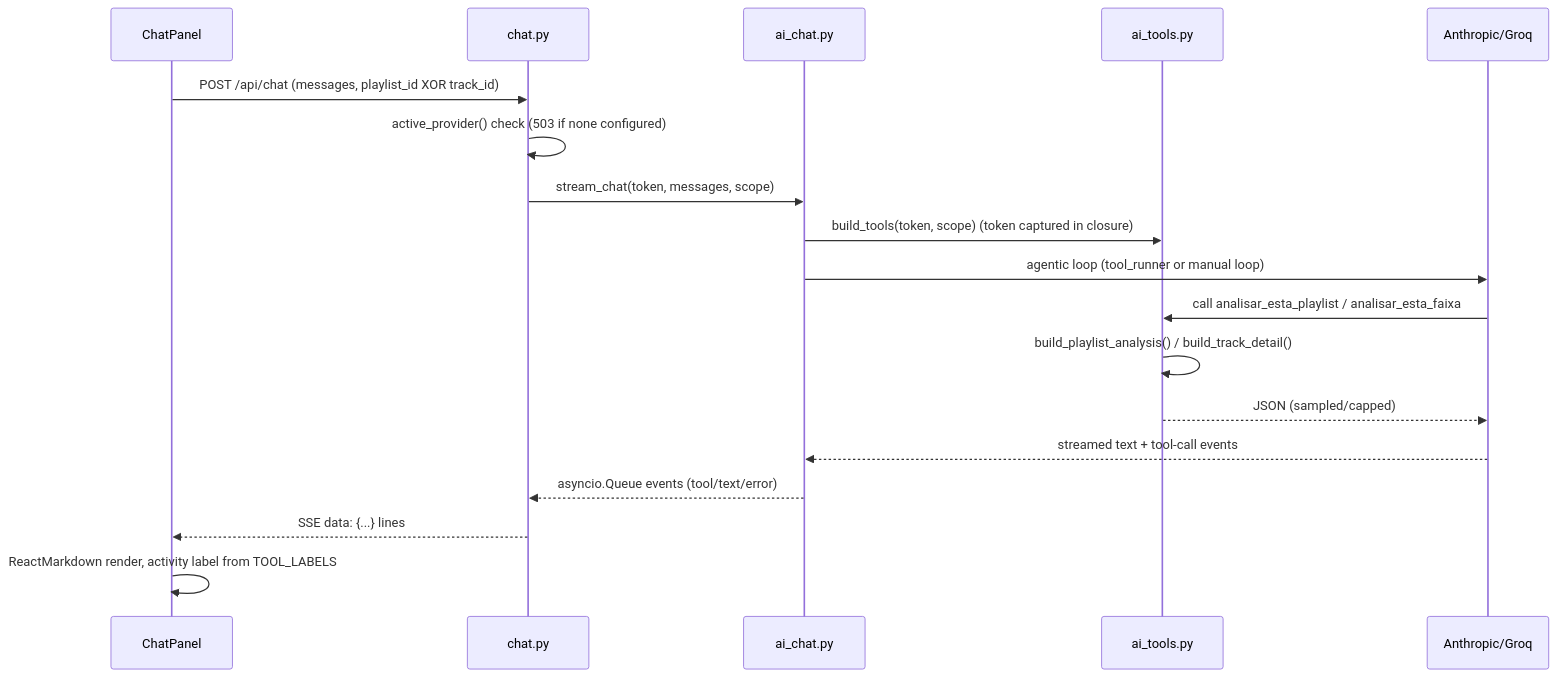
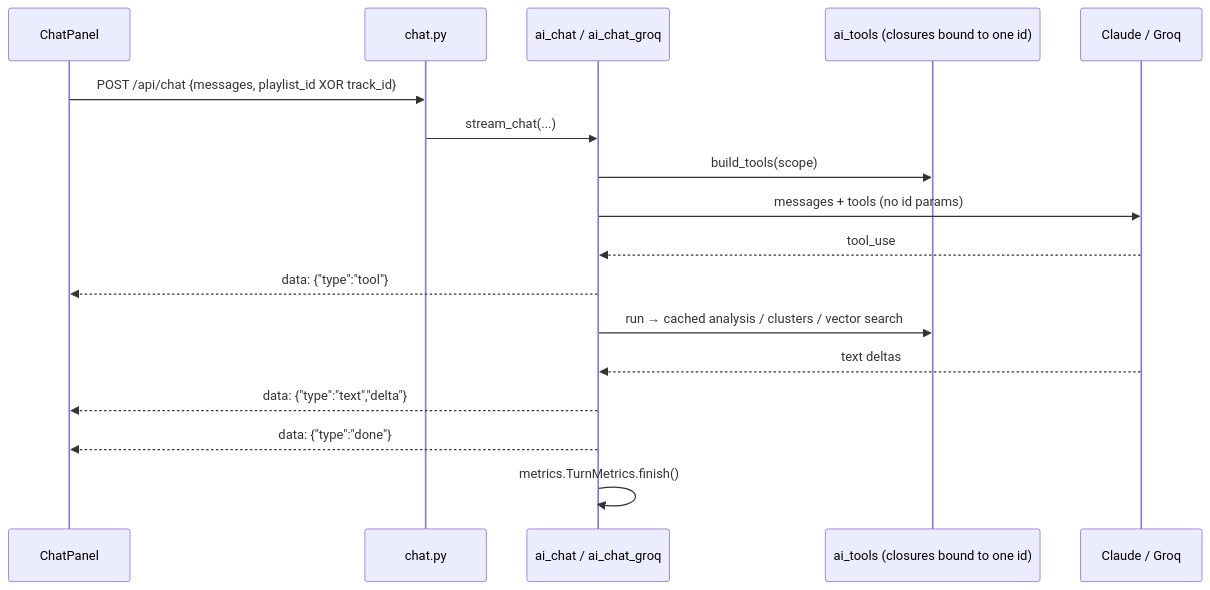
Before and after one commit to HuananCanova/playlist-classifier: the fifth of 5 diagrams in docs/CODEBASE_MAP.md, drawn with Mermaid. The commit also changed other lines of this file and 1 other file, not shown here.

````diff
--- a/docs/CODEBASE_MAP.md
+++ b/docs/CODEBASE_MAP.md
@@ -359,21 +546,20 @@
 ```mermaid
 sequenceDiagram
-    participant Frontend as ChatPanel
-    participant Backend as chat.py
-    participant AIChat as ai_chat.py
-    participant Tools as ai_tools.py
-    participant LLM as Anthropic/Groq
+    participant CP as ChatPanel
+    participant C as chat.py
+    participant AI as ai_chat / ai_chat_groq
+    participant T as ai_tools (closures bound to one id)
+    participant LLM as Claude / Groq
 
-    Frontend->>Backend: POST /api/chat (messages, playlist_id XOR track_id)
-    Backend->>Backend: active_provider() check (503 if none configured)
-    Backend->>AIChat: stream_chat(token, messages, scope)
-    AIChat->>Tools: build_tools(token, scope) (token captured in closure)
-    AIChat->>LLM: agentic loop (tool_runner or manual loop)
-    LLM->>Tools: call analisar_esta_playlist / analisar_esta_faixa
-    Tools->>Tools: build_playlist_analysis() / build_track_detail()
-    Tools-->>LLM: JSON (sampled/capped)
-    LLM-->>AIChat: streamed text + tool-call events
-    AIChat-->>Backend: asyncio.Queue events (tool/text/error)
-    Backend-->>Frontend: SSE data: {...} lines
-    Frontend->>Frontend: ReactMarkdown render, activity label from TOOL_LABELS
+    CP->>C: POST /api/chat {messages, playlist_id XOR track_id}
+    C->>AI: stream_chat(...)
+    AI->>T: build_tools(scope)
+    AI->>LLM: messages + tools (no id params)
+    LLM-->>AI: tool_use
+    AI-->>CP: data: {"type":"tool"}
+    AI->>T: run → cached analysis / clusters / vector search
+    LLM-->>AI: text deltas
+    AI-->>CP: data: {"type":"text","delta"}
+    AI-->>CP: data: {"type":"done"}
+    AI->>AI: metrics.TurnMetrics.finish()
 ```
````
